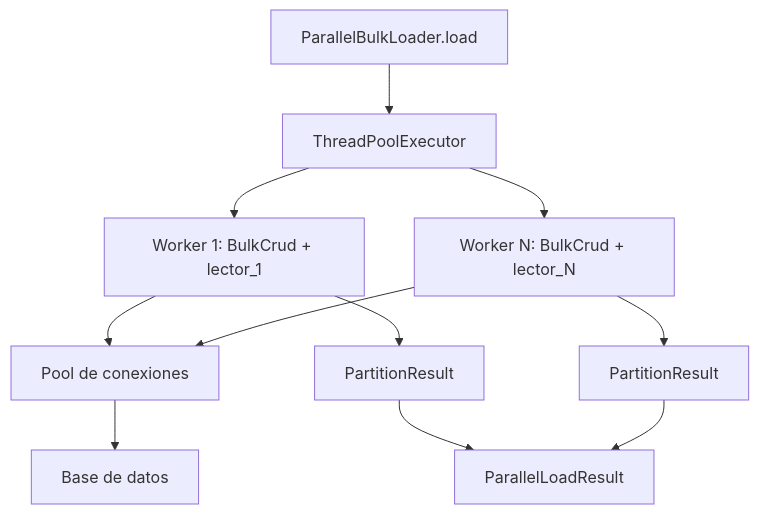
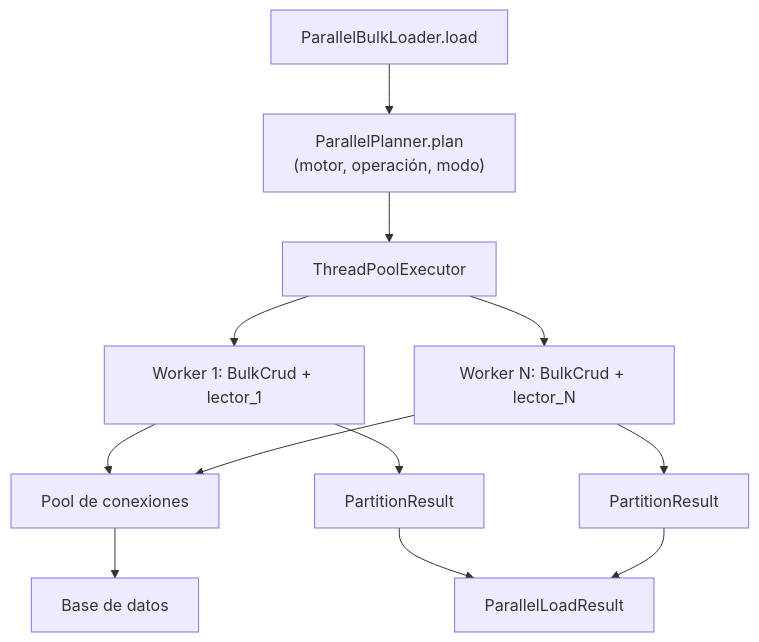
One commit to fmanza/util_bbdd changed the diagram in docs/api/bulk_parallel.md. Above: the diagram before and after it, drawn with Mermaid. The commit also changed other lines of this file and 90 other files, not shown here.

First line of the commit message:
feat(bulk)!: paquetes de opciones y ParallelPlanner para la carga paralela

````diff
--- a/docs/api/bulk_parallel.md
+++ b/docs/api/bulk_parallel.md
@@ -7,12 +7,13 @@
 ```mermaid
 flowchart TD
-    A[ParallelBulkLoader.load] --> B[ThreadPoolExecutor]
+    A[ParallelBulkLoader.load] --> PL["ParallelPlanner.plan\n(motor, operación, modo)"]
+    PL --> B[ThreadPoolExecutor]
     B --> W1[Worker 1: BulkCrud + lector_1]
     B --> WN[Worker N: BulkCrud + lector_N]
     W1 --> P1[Pool de conexiones]
     WN --> P1
     P1 --> BD[Base de datos]
     W1 --> R1[PartitionResult]
     WN --> RN[PartitionResult]
     R1 & RN --> C[ParallelLoadResult]
 ```
````
